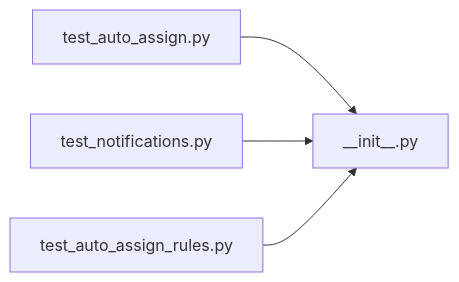
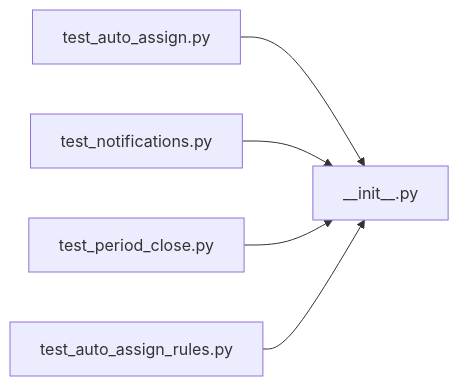
Before and after one commit to minkong-dev/Banblit: the diagram in .cluedoc/graph/backend/src/backend/jobs/__init__.md, drawn with Mermaid. The commit also changed other lines of this file and 35 other files, not shown here.

Commit message:
backend: close a focused period at its closing time and allow unfixing with a reason

````diff
--- a/.cluedoc/graph/backend/src/backend/jobs/__init__.md
+++ b/.cluedoc/graph/backend/src/backend/jobs/__init__.md
@@ -10,7 +10,8 @@
 ```mermaid
 flowchart LR
   backend_src_backend_jobs___init__["__init__.py"]
   backend_tests_integration_db_test_auto_assign["test_auto_assign.py"] --> backend_src_backend_jobs___init__
   backend_tests_integration_db_test_notifications["test_notifications.py"] --> backend_src_backend_jobs___init__
+  backend_tests_integration_db_test_period_close["test_period_close.py"] --> backend_src_backend_jobs___init__
   backend_tests_unit_test_auto_assign_rules["test_auto_assign_rules.py"] --> backend_src_backend_jobs___init__
 ```
````
